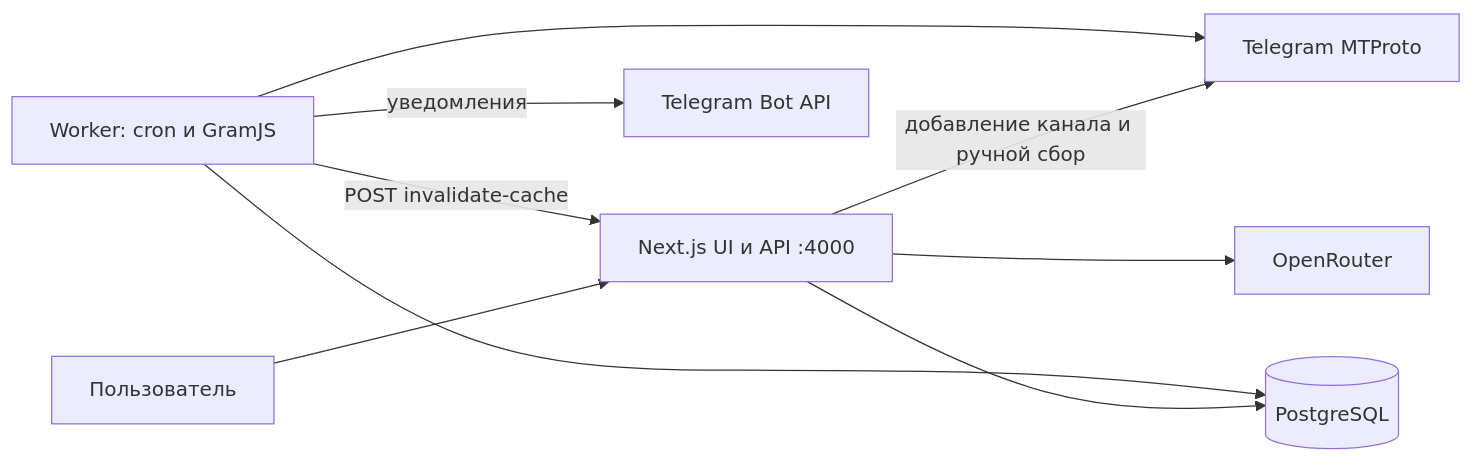
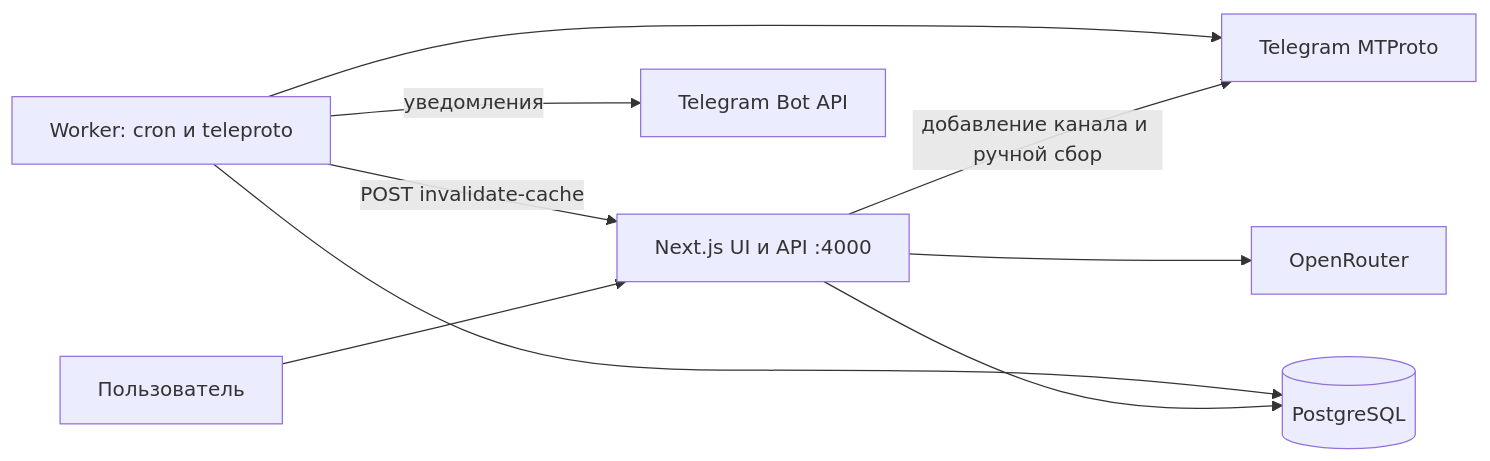
One commit to liquidsyntes/tg_mons changed the first of 2 diagrams in docs/architecture.md. Above: the diagram before and after it, drawn with Mermaid. The commit also changed other lines of this file and 22 other files, not shown here.

````diff
--- a/docs/architecture.md
+++ b/docs/architecture.md
@@ -7,11 +7,11 @@
 ```mermaid
 flowchart LR
     User[Пользователь] --> Web[Next.js UI и API :4000]
     Web --> DB[(PostgreSQL)]
     Web --> AI[OpenRouter]
     Web -->|добавление канала и ручной сбор| TG[Telegram MTProto]
-    Worker[Worker: cron и GramJS] --> TG
+    Worker[Worker: cron и teleproto] --> TG
     Worker --> DB
     Worker -->|уведомления| Bot[Telegram Bot API]
     Worker -->|POST invalidate-cache| Web
 ```
````
